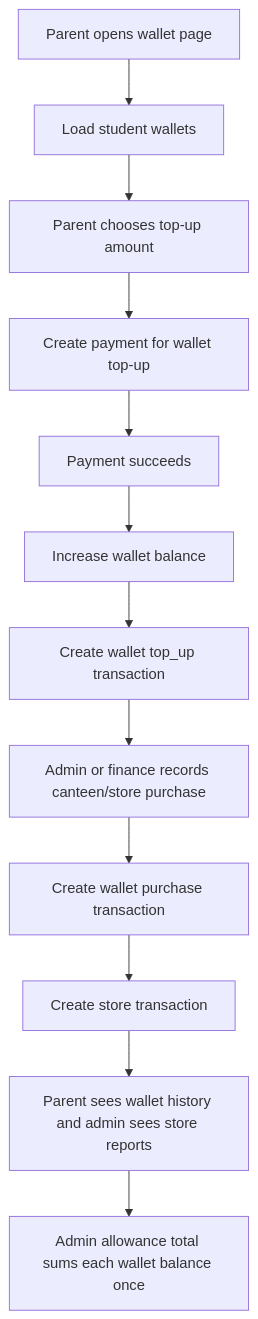
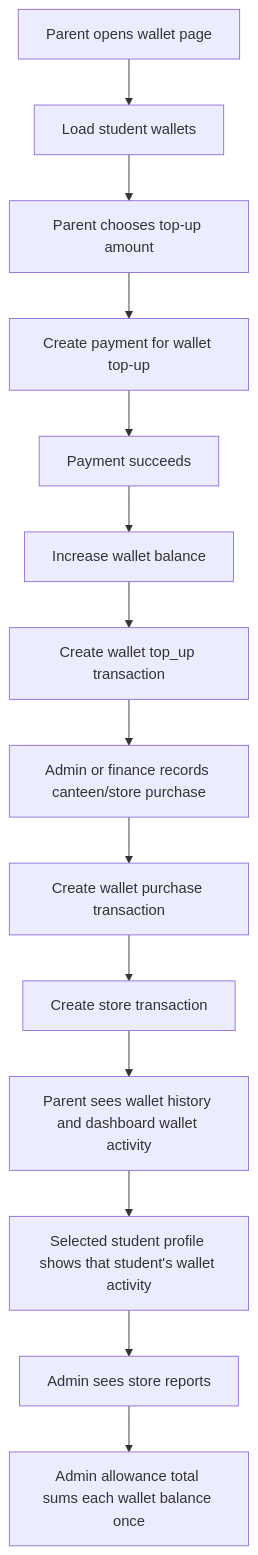
Before and after one commit to Xeyn19/xmetapay: the seventh of 7 diagrams in docs/DATABASE_SCHEMA_PLAN.md, drawn with Mermaid. The commit also changed other lines of this file and 11 other files, not shown here.

````diff
--- a/docs/DATABASE_SCHEMA_PLAN.md
+++ b/docs/DATABASE_SCHEMA_PLAN.md
@@ -686,14 +687,16 @@
 ```mermaid
 flowchart TD
   A["Parent opens wallet page"] --> B["Load student wallets"]
   B --> C["Parent chooses top-up amount"]
   C --> D["Create payment for wallet top-up"]
   D --> E["Payment succeeds"]
   E --> F["Increase wallet balance"]
   F --> G["Create wallet top_up transaction"]
   G --> H["Admin or finance records canteen/store purchase"]
   H --> I["Create wallet purchase transaction"]
   I --> J["Create store transaction"]
-  J --> K["Parent sees wallet history and admin sees store reports"]
-  K --> L["Admin allowance total sums each wallet balance once"]
+  J --> K["Parent sees wallet history and dashboard wallet activity"]
+  K --> L["Selected student profile shows that student's wallet activity"]
+  L --> M["Admin sees store reports"]
+  M --> N["Admin allowance total sums each wallet balance once"]
 ```
````
